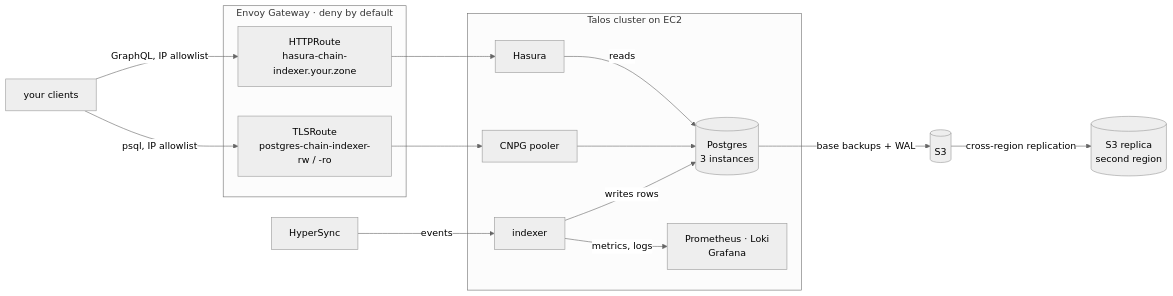
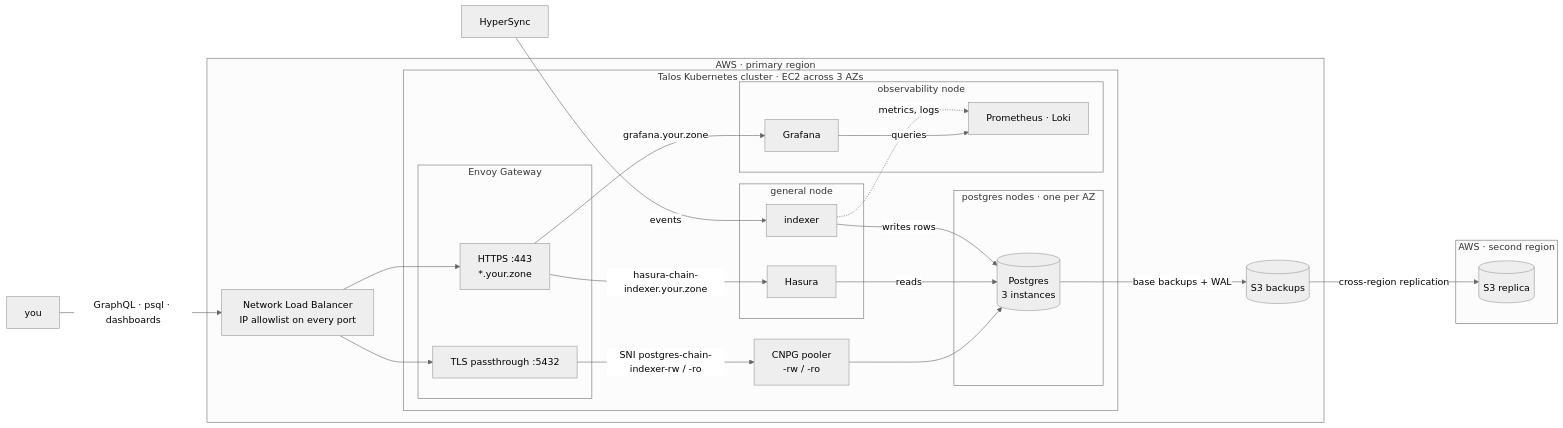
One commit to TilakMaddy/hyperindex-openinfra changed the diagram in README.md. Above: the diagram before and after it, drawn with Mermaid (neutral theme). The commit also changed other lines of this file and 2 other files, not shown here.

Commit message:
chore: organize readme

````diff
--- a/README.md
+++ b/README.md
@@ -88,33 +88,52 @@
 ```mermaid
 flowchart LR
+  YOU["you"]
   HS["HyperSync"]
-  CL["your clients"]
 
-  subgraph gw["Envoy Gateway · deny by default"]
-    R1["HTTPRoute<br/>hasura-chain-indexer.your.zone"]
-    R2["TLSRoute<br/>postgres-chain-indexer-rw / -ro"]
+  subgraph aws["AWS · primary region"]
+    NLB["Network Load Balancer<br/>IP allowlist on every port"]
+    S3[("S3 backups")]
+
+    subgraph k8s["Talos Kubernetes cluster · EC2 across 3 AZs"]
+      subgraph gw["Envoy Gateway"]
+        L443["HTTPS :443<br/>*.your.zone"]
+        L5432["TLS passthrough :5432"]
+      end
+
+      POOL["CNPG pooler<br/>-rw / -ro"]
+
+      subgraph general["general node"]
+        IDX["indexer"]
+        HAS["Hasura"]
+      end
+
+      subgraph pgnodes["postgres nodes · one per AZ"]
+        PG[("Postgres<br/>3 instances")]
+      end
+
+      subgraph obsnode["observability node"]
+        MET["Prometheus · Loki"]
+        GRAF["Grafana"]
+      end
+    end
   end
 
-  subgraph k8s["Talos cluster on EC2"]
-    IDX["indexer"]
-    HAS["Hasura"]
-    POOL["CNPG pooler"]
-    PG[("Postgres<br/>3 instances")]
-    OBS["Prometheus · Loki<br/>Grafana"]
+  subgraph dr["AWS · second region"]
+    S3R[("S3 replica")]
   end
 
-  S3[("S3")]
-  S3R[("S3 replica<br/>second region")]
-
+  YOU -->|"GraphQL · psql · dashboards"| NLB
+  NLB --> L443
+  NLB --> L5432
+  L443 -->|"hasura-chain-indexer.your.zone"| HAS
+  L443 -->|"grafana.your.zone"| GRAF
+  L5432 -->|"SNI postgres-chain-indexer-rw / -ro"| POOL
   HS -->|"events"| IDX
-  CL -->|"GraphQL, IP allowlist"| R1
-  CL -->|"psql, IP allowlist"| R2
-  R1 --> HAS
-  R2 --> POOL
   IDX -->|"writes rows"| PG
   HAS -->|"reads"| PG
   POOL --> PG
+  IDX -.->|"metrics, logs"| MET
+  GRAF -->|"queries"| MET
   PG -->|"base backups + WAL"| S3
   S3 -->|"cross-region replication"| S3R
-  IDX -->|"metrics, logs"| OBS
 ```
````
